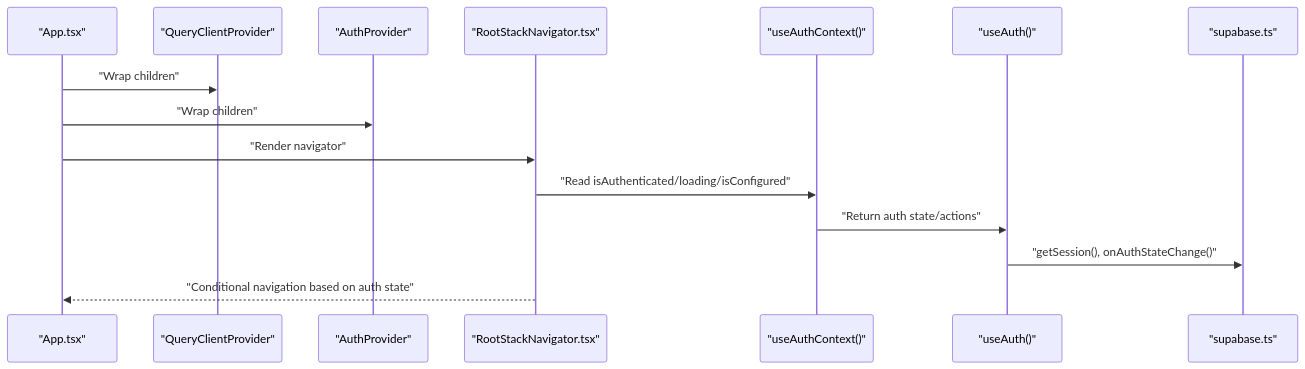
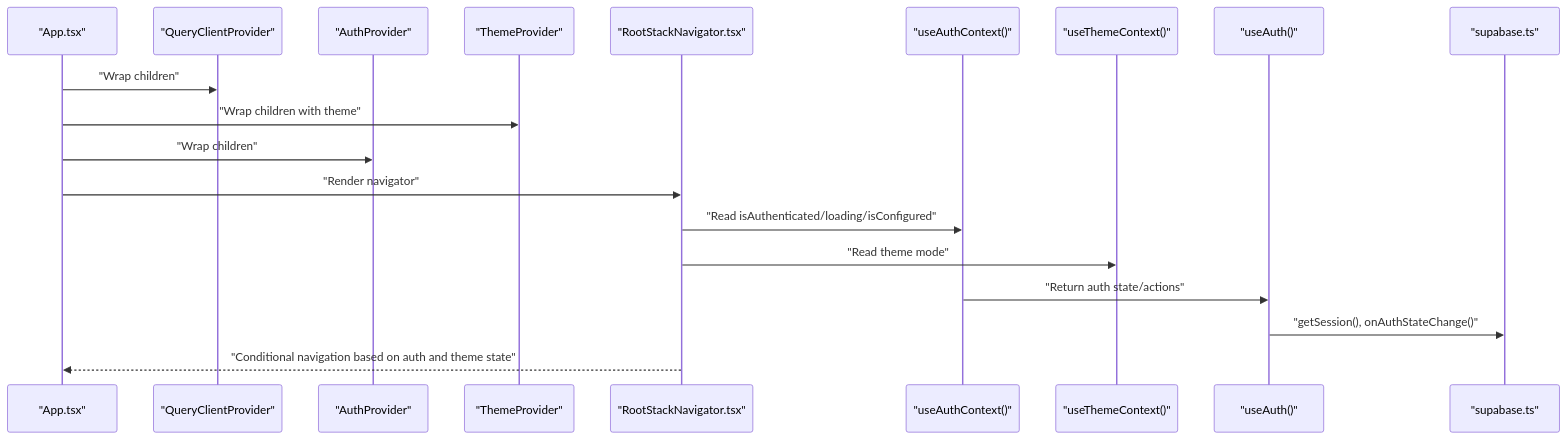
The second of 11 diagrams in .qoder/repowiki/en/content/Frontend Application/State Management.md (hunglevi87/Hidden-Gem), drawn with Mermaid before and after one commit. The commit also changed other lines of this file and 14 other files, not shown here.

````diff
--- a/.qoder/repowiki/en/content/Frontend Application/State Management.md
+++ b/.qoder/repowiki/en/content/Frontend Application/State Management.md
@@ -145,17 +167,21 @@
 ```mermaid
 sequenceDiagram
 participant App as "App.tsx"
 participant QCP as "QueryClientProvider"
 participant AP as "AuthProvider"
+participant TP as "ThemeProvider"
 participant RootNav as "RootStackNavigator.tsx"
 participant UCtx as "useAuthContext()"
+participant TUCtx as "useThemeContext()"
 participant UAuth as "useAuth()"
 participant Sb as "supabase.ts"
 App->>QCP : "Wrap children"
+App->>TP : "Wrap children with theme"
 App->>AP : "Wrap children"
 App->>RootNav : "Render navigator"
 RootNav->>UCtx : "Read isAuthenticated/loading/isConfigured"
+RootNav->>TUCtx : "Read theme mode"
 UCtx->>UAuth : "Return auth state/actions"
 UAuth->>Sb : "getSession(), onAuthStateChange()"
-RootNav-->>App : "Conditional navigation based on auth state"
+RootNav-->>App : "Conditional navigation based on auth and theme state"
 ```
````
